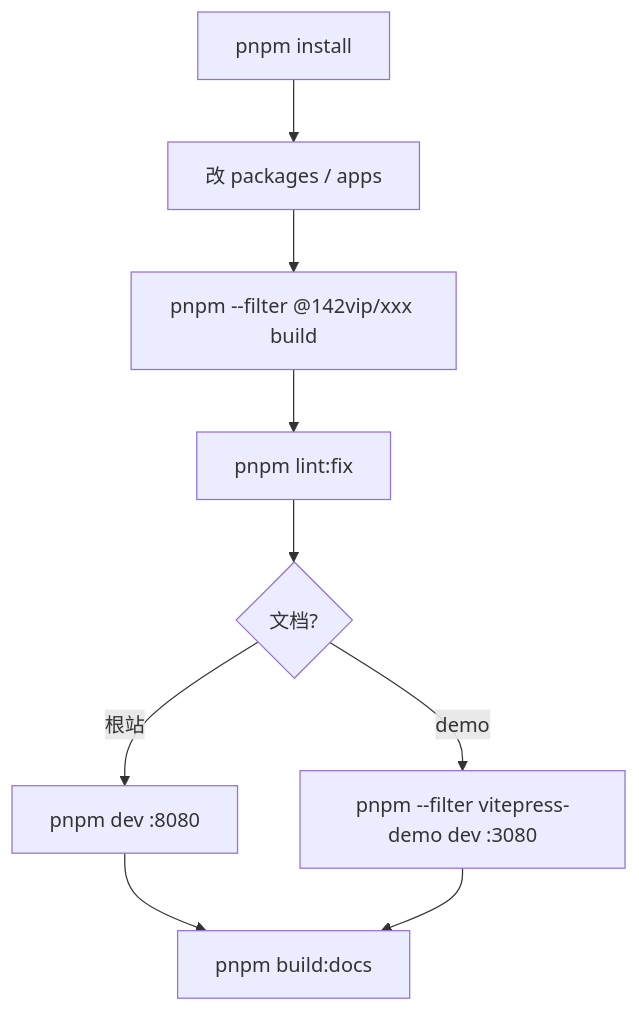
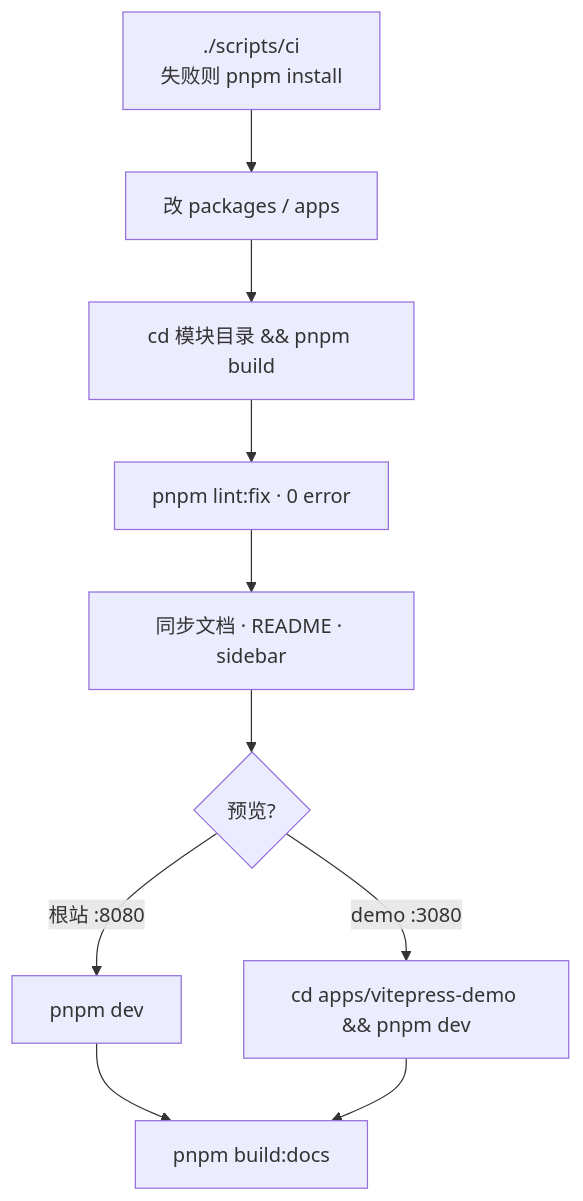
Before and after one commit to 142vip/core-x: the fifth of 5 diagrams in README.md, drawn with Mermaid. The commit also changed other lines of this file and 5 other files, not shown here.

````diff
--- a/README.md
+++ b/README.md
@@ -153,11 +161,12 @@
 ```mermaid
 flowchart TD
-  A["pnpm install"] --> B["改 packages / apps"]
-  B --> C["pnpm --filter @142vip/xxx build"]
-  C --> D["pnpm lint:fix"]
-  D --> E{"文档?"}
-  E -->|根站| F["pnpm dev :8080"]
-  E -->|demo| G["pnpm --filter vitepress-demo dev :3080"]
-  F --> H["pnpm build:docs"]
-  G --> H
+  A["./scripts/ci<br/>失败则 pnpm install"] --> B["改 packages / apps"]
+  B --> C["cd 模块目录 && pnpm build"]
+  C --> D["pnpm lint:fix · 0 error"]
+  D --> E["同步文档 · README · sidebar"]
+  E --> F{"预览?"}
+  F -->|根站 :8080| G["pnpm dev"]
+  F -->|demo :3080| H["cd apps/vitepress-demo && pnpm dev"]
+  G --> I["pnpm build:docs"]
+  H --> I
 ```
````
